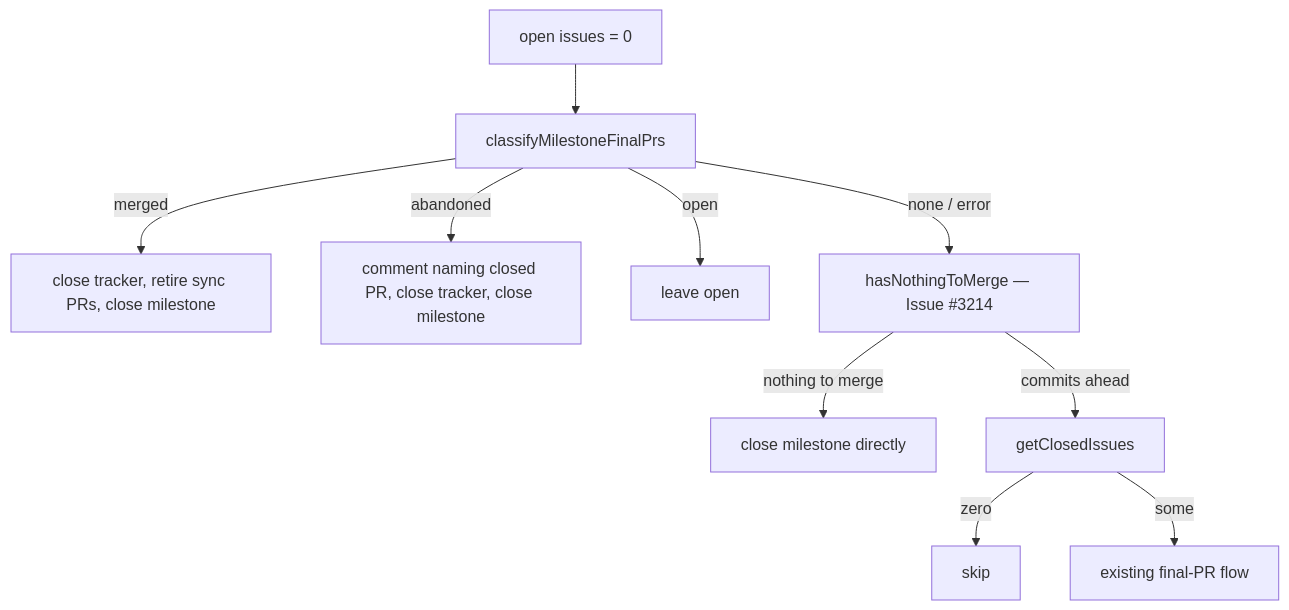
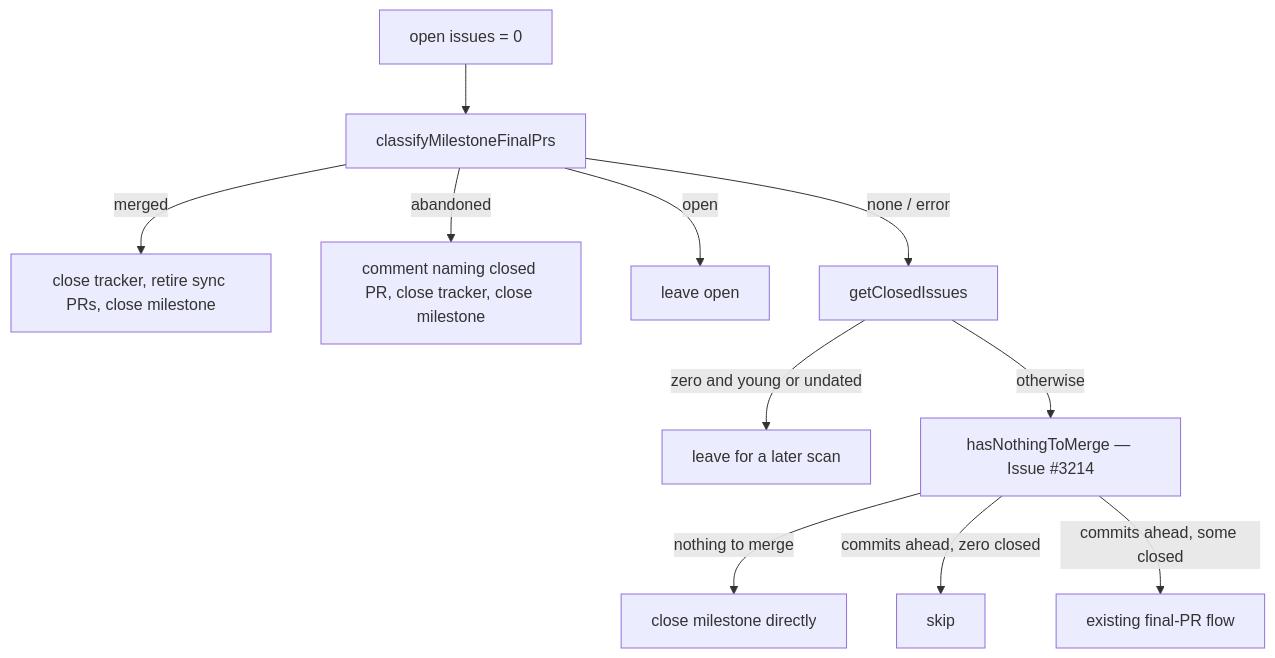
One commit to stSoftwareAU/VibeCoder changed the diagram in docs/archive/pr-summaries/pr-summary-3474.md. Above: the diagram before and after it, drawn with Mermaid. The commit also changed other lines of this file and 3 other files, not shown here.

First line of the commit message:
Leave newly created empty milestones for a later scan (PR #3592)

````diff
--- a/docs/archive/pr-summaries/pr-summary-3474.md
+++ b/docs/archive/pr-summaries/pr-summary-3474.md
@@ -53,12 +56,13 @@
 ```mermaid
 flowchart TD
     A[open issues = 0] --> B[classifyMilestoneFinalPrs]
     B -->|merged| C[close tracker, retire sync PRs, close milestone]
     B -->|abandoned| D[comment naming closed PR, close tracker, close milestone]
     B -->|open| E[leave open]
-    B -->|none / error| F[hasNothingToMerge — Issue #3214]
+    B -->|none / error| K[getClosedIssues]
+    K -->|zero and young or undated| L[leave for a later scan]
+    K -->|otherwise| F[hasNothingToMerge — Issue #3214]
     F -->|nothing to merge| G[close milestone directly]
-    F -->|commits ahead| H[getClosedIssues]
-    H -->|zero| I[skip]
-    H -->|some| J[existing final-PR flow]
+    F -->|commits ahead, zero closed| I[skip]
+    F -->|commits ahead, some closed| J[existing final-PR flow]
 ```
````
